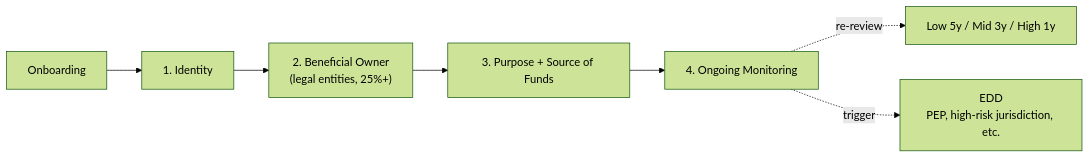
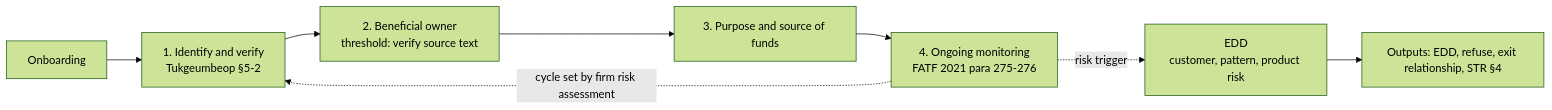
One commit to lala-david/aml-notes changed the first of 2 diagrams in en/cdd-edd-rba.md. Above: the diagram before and after it, drawn with Mermaid (forest theme). The commit also changed other lines of this file and 233 other files, not shown here.

````diff
--- a/en/cdd-edd-rba.md
+++ b/en/cdd-edd-rba.md
@@ -18,9 +18,10 @@
 ```mermaid
 flowchart LR
-    O["Onboarding"] --> S1["1. Identity"]
-    S1 --> S2["2. Beneficial Owner<br/>(legal entities, 25%+)"]
-    S2 --> S3["3. Purpose + Source of Funds"]
-    S3 --> S4["4. Ongoing Monitoring"]
-    S4 -.re-review.-> R["Low 5y / Mid 3y / High 1y"]
-    S4 -.trigger.-> EDD["EDD<br/>PEP, high-risk jurisdiction, etc."]
+    O["Onboarding"] --> S1["1. Identify and verify<br/>Tukgeumbeop §5-2"]
+    S1 --> S2["2. Beneficial owner<br/>threshold: verify source text"]
+    S2 --> S3["3. Purpose and source of funds"]
+    S3 --> S4["4. Ongoing monitoring<br/>FATF 2021 para 275-276"]
+    S4 -.->|"cycle set by firm risk assessment"| S1
+    S4 -.->|"risk trigger"| EDD["EDD<br/>customer, pattern, product risk"]
+    EDD --> OUT["Outputs: EDD, refuse, exit relationship, STR §4"]
 ```
````
